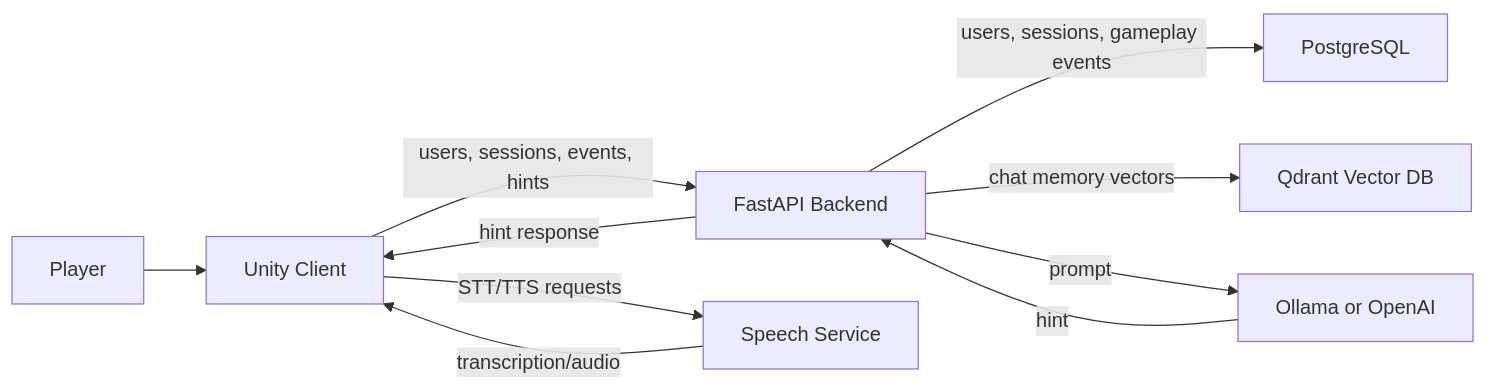
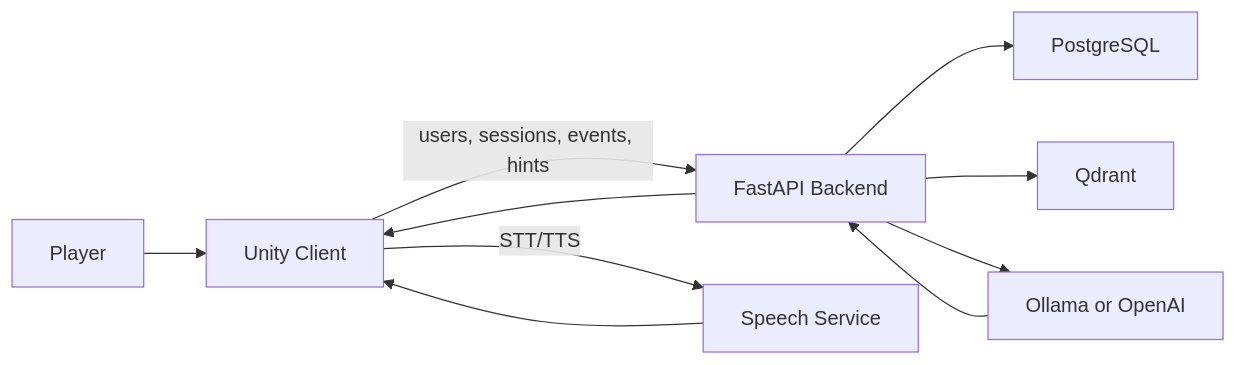
One commit to Mihnea-Lopataru/context-aware-virtual-assistant changed the diagram in README.md. Above: the diagram before and after it, drawn with Mermaid. The commit also changed other lines of this file and 13 other files, not shown here.

````diff
--- a/README.md
+++ b/README.md
@@ -29,20 +23,20 @@
 ```mermaid
 flowchart LR
     Player["Player"]
     Unity["Unity Client"]
     Backend["FastAPI Backend"]
+    Speech["Speech Service"]
     Postgres["PostgreSQL"]
-    Qdrant["Qdrant Vector DB"]
+    Qdrant["Qdrant"]
     LLM["Ollama or OpenAI"]
-    Speech["Speech Service"]
 
     Player --> Unity
     Unity -->|users, sessions, events, hints| Backend
-    Unity -->|STT/TTS requests| Speech
-    Backend -->|users, sessions, gameplay events| Postgres
-    Backend -->|chat memory vectors| Qdrant
-    Backend -->|prompt| LLM
-    LLM -->|hint| Backend
-    Backend -->|hint response| Unity
-    Speech -->|transcription/audio| Unity
+    Unity -->|STT/TTS| Speech
+    Backend --> Postgres
+    Backend --> Qdrant
+    Backend --> LLM
+    LLM --> Backend
+    Backend --> Unity
+    Speech --> Unity
 ```
````
